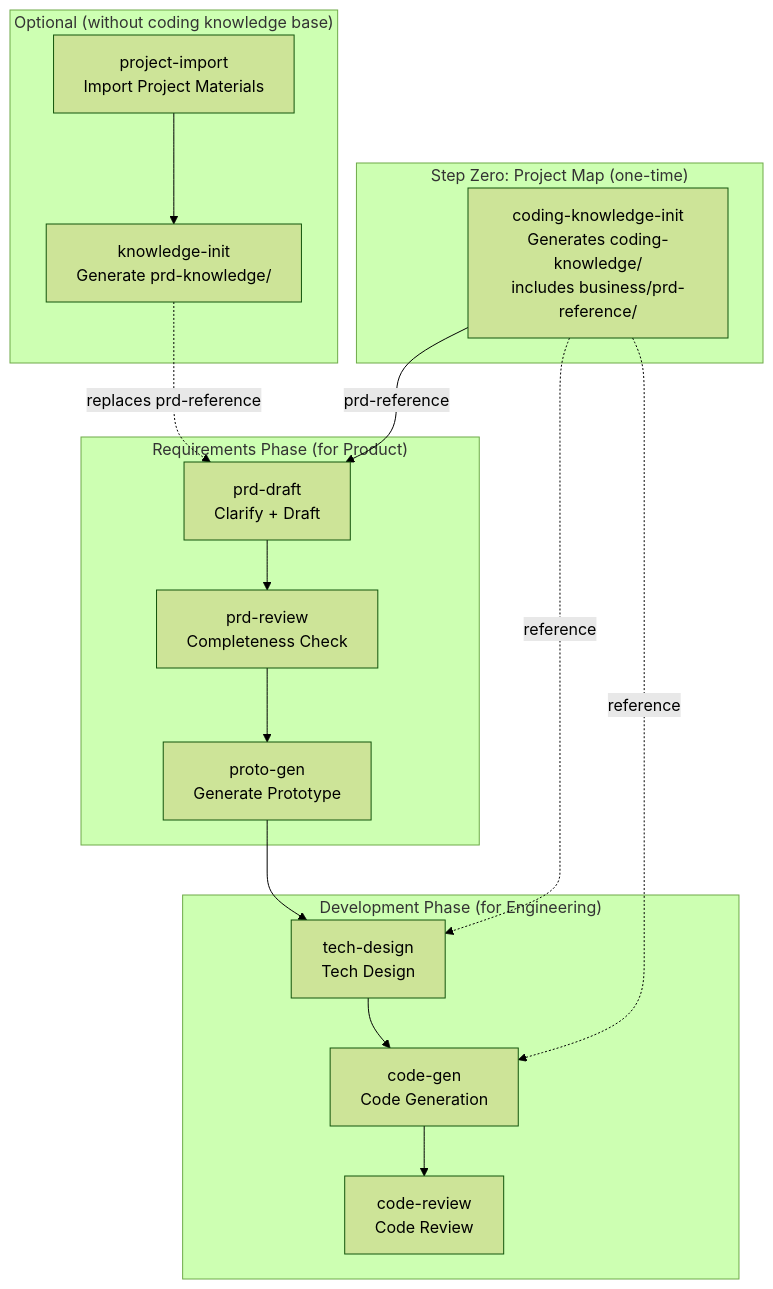
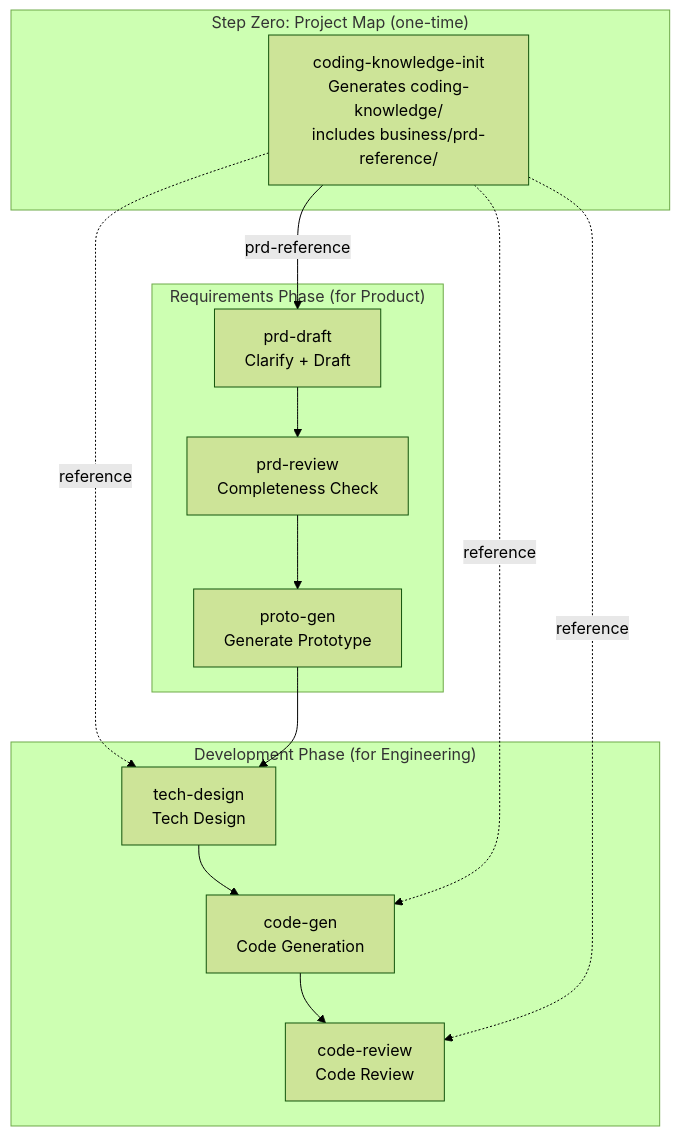
One commit to wuyining0130/c-room changed the diagram in README.en.md. Above: the diagram before and after it, drawn with Mermaid (forest theme). The commit also changed other lines of this file and 16 other files, not shown here.

First line of the commit message:
精简流程：删除 knowledge-init/project-import，拆分超长 SKILL.md

````diff
--- a/README.en.md
+++ b/README.en.md
@@ -196,32 +188,26 @@
 ```mermaid
 flowchart TD
     subgraph Foundation["Step Zero: Project Map (one-time)"]
         CKI["coding-knowledge-init<br/>Generates coding-knowledge/<br/>includes business/prd-reference/"]
     end
 
     subgraph PRD["Requirements Phase (for Product)"]
         PD["prd-draft<br/>Clarify + Draft"]
         PR["prd-review<br/>Completeness Check"]
         PG["proto-gen<br/>Generate Prototype"]
         PD --> PR --> PG
     end
 
     subgraph DEV["Development Phase (for Engineering)"]
         TD_["tech-design<br/>Tech Design"]
         CG["code-gen<br/>Code Generation"]
         CR["code-review<br/>Code Review"]
         TD_ --> CG --> CR
     end
 
-    subgraph OPT["Optional (without coding knowledge base)"]
-        PI["project-import<br/>Import Project Materials"]
-        KI["knowledge-init<br/>Generate prd-knowledge/"]
-        PI --> KI
-    end
-
     CKI -->|prd-reference| PD
     CKI -.->|reference| TD_
     CKI -.->|reference| CG
+    CKI -.->|reference| CR
     PG --> TD_
-    KI -.->|replaces prd-reference| PD
 ```
````
